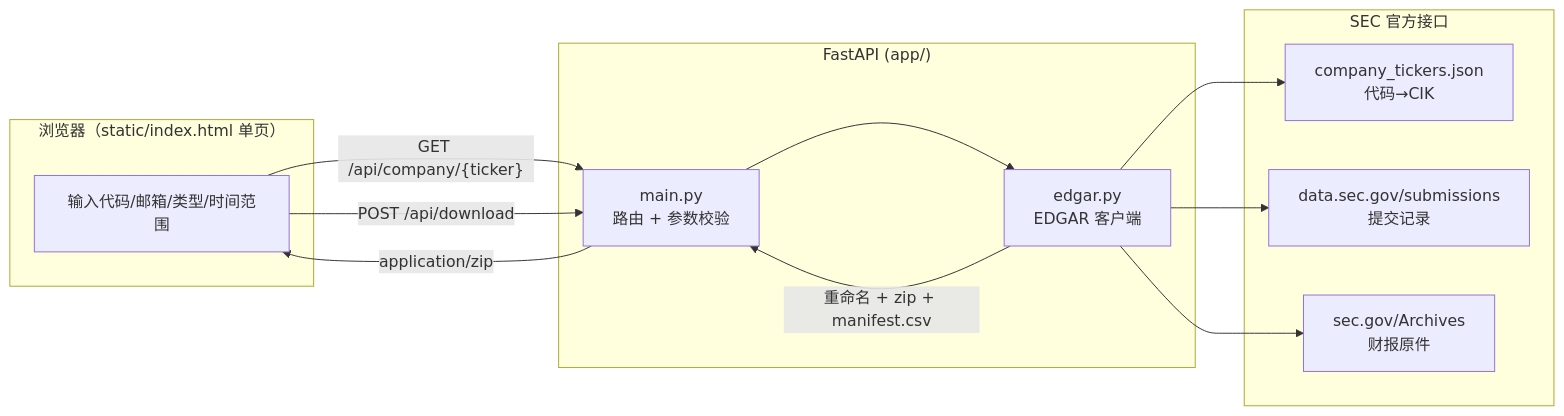
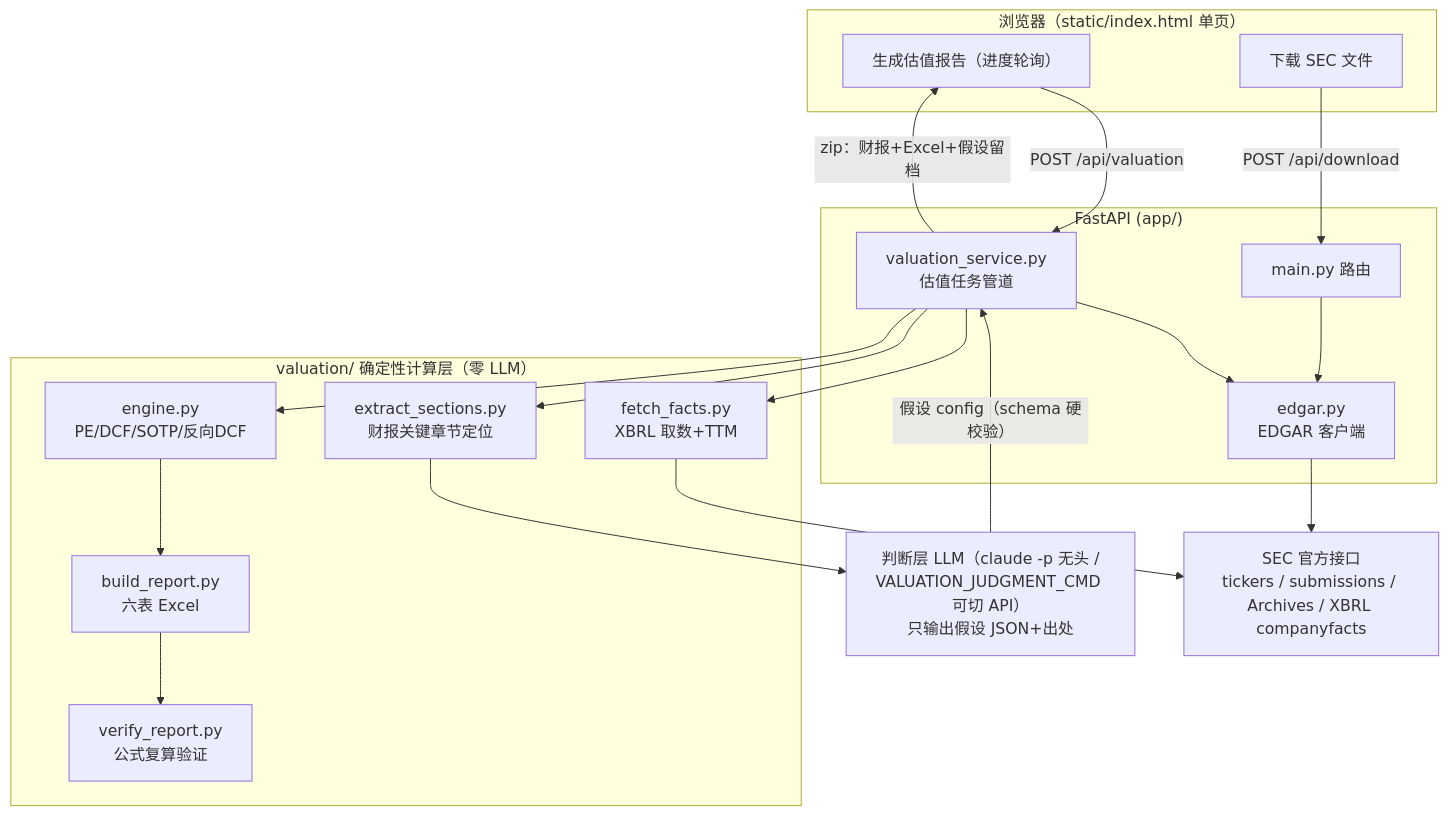
The diagram in README.md (chrisudf/sec-filing-downloader), drawn with Mermaid before and after one commit. The commit also changed other lines of this file and 4 other files, not shown here.

First line of the commit message:
Fix net-cash data gap; report layout and horizon clarity

````diff
--- a/README.md
+++ b/README.md
@@ -21,23 +23,29 @@
 ```mermaid
-flowchart LR
+flowchart TB
     subgraph Browser["浏览器（static/index.html 单页）"]
-        UI["输入代码/邮箱/类型/时间范围"]
+        UI["下载 SEC 文件"]
+        VB["生成估值报告（进度轮询）"]
     end
     subgraph Server["FastAPI (app/)"]
-        M["main.py<br/>路由 + 参数校验"]
+        M["main.py 路由"]
         E["edgar.py<br/>EDGAR 客户端"]
+        VS["valuation_service.py<br/>估值任务管道"]
     end
-    subgraph SEC["SEC 官方接口"]
-        T["company_tickers.json<br/>代码→CIK"]
-        S["data.sec.gov/submissions<br/>提交记录"]
-        A["sec.gov/Archives<br/>财报原件"]
+    subgraph VAL["valuation/ 确定性计算层（零 LLM）"]
+        FF["fetch_facts.py<br/>XBRL 取数+TTM"]
+        EX["extract_sections.py<br/>财报关键章节定位"]
+        EN["engine.py<br/>PE/DCF/SOTP/反向DCF"]
+        BR["build_report.py<br/>六表 Excel"]
+        VR["verify_report.py<br/>公式复算验证"]
     end
-    UI -- "GET /api/company/{ticker}" --> M
-    UI -- "POST /api/download" --> M
-    M --> E
-    E --> T
-    E --> S
-    E --> A
-    E -- "重命名 + zip + manifest.csv" --> M
-    M -- "application/zip" --> UI
+    J["判断层 LLM（claude -p 无头 /<br/>VALUATION_JUDGMENT_CMD 可切 API）<br/>只输出假设 JSON+出处"]
+    SEC["SEC 官方接口<br/>tickers / submissions / Archives / XBRL companyfacts"]
+    UI -- "POST /api/download" --> M --> E --> SEC
+    VB -- "POST /api/valuation" --> VS
+    VS --> FF --> SEC
+    VS --> E
+    VS --> EX --> J
+    J -- "假设 config（schema 硬校验）" --> VS
+    VS --> EN --> BR --> VR
+    VS -- "zip：财报+Excel+假设留档" --> VB
 ```
````
